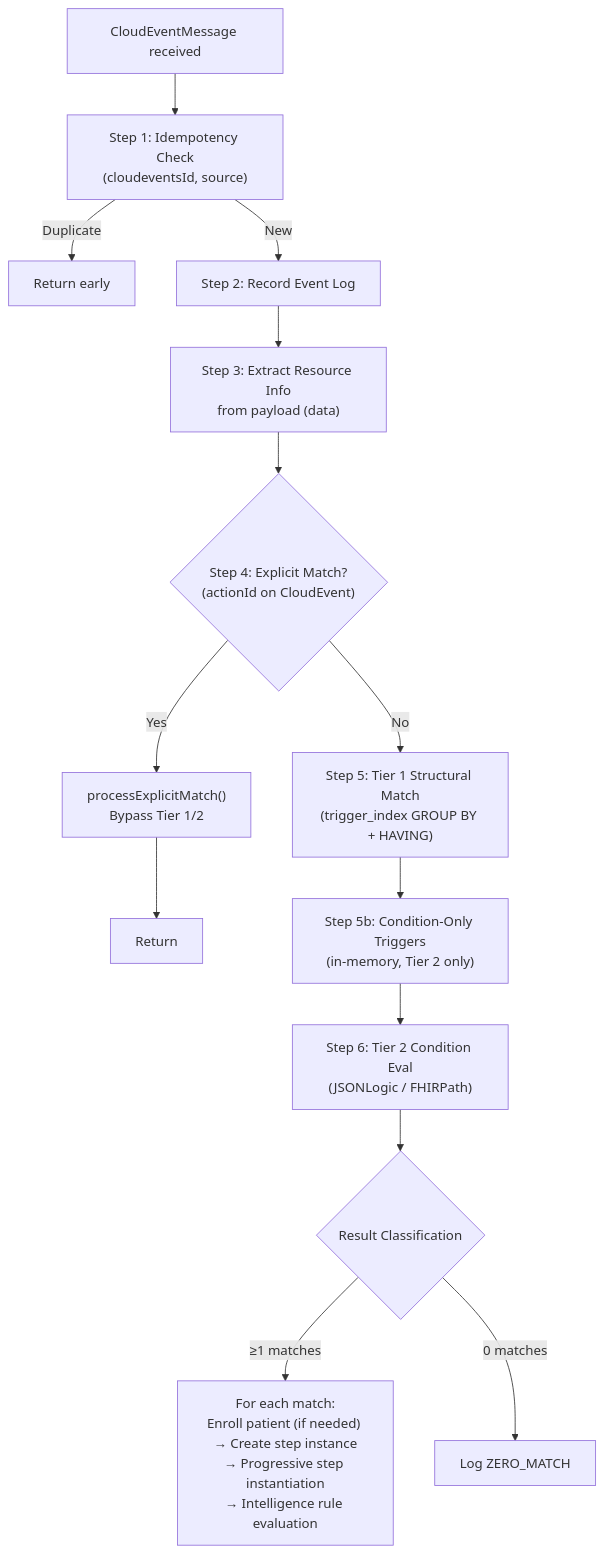
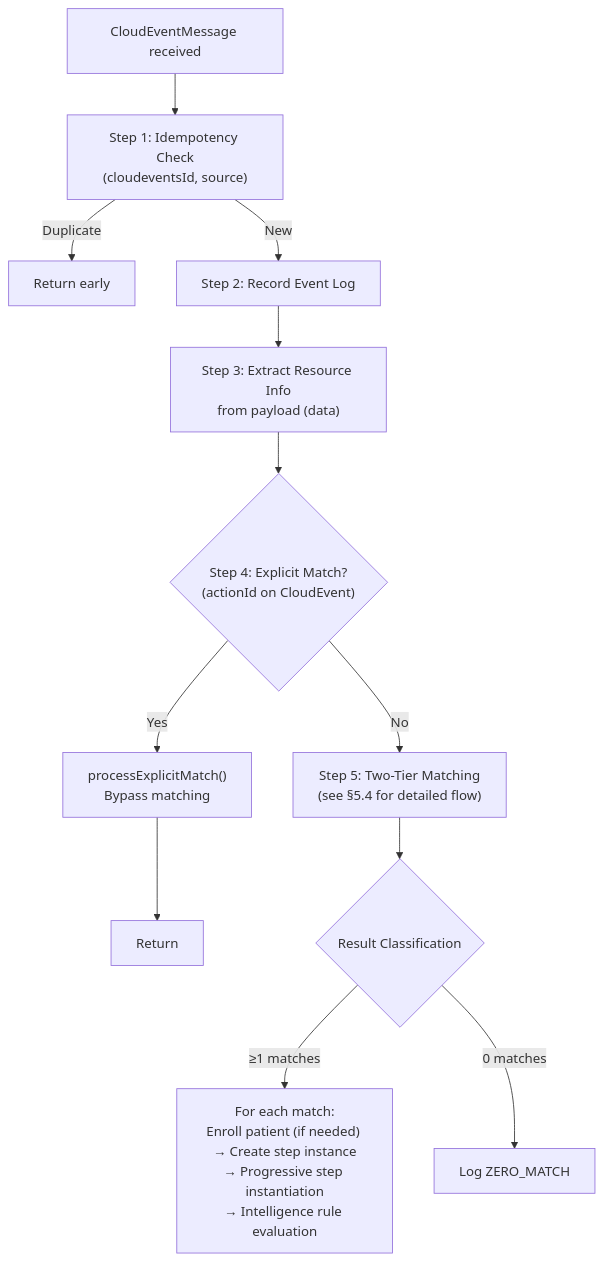
One commit to Jayaprakash8887/cce-compliance-service changed the second of 4 diagrams in docs/architecture-overview.md. Above: the diagram before and after it, drawn with Mermaid. The commit also changed other lines of this file, not shown here.

````diff
--- a/docs/architecture-overview.md
+++ b/docs/architecture-overview.md
@@ -99,25 +99,22 @@
 ```mermaid
 flowchart TD
     START["CloudEventMessage received"] --> S1
 
     S1["Step 1: Idempotency Check<br/>(cloudeventsId, source)"]
     S1 -->|"Duplicate"| DUP["Return early"]
     S1 -->|"New"| S2
 
     S2["Step 2: Record Event Log"] --> S3
     S3["Step 3: Extract Resource Info<br/>from payload (data)"] --> EXPL
 
     EXPL{"Step 4: Explicit Match?<br/>(actionId on CloudEvent)"}
-    EXPL -->|"Yes"| EXPLM["processExplicitMatch()<br/>Bypass Tier 1/2"]
+    EXPL -->|"Yes"| EXPLM["processExplicitMatch()<br/>Bypass matching"]
     EXPL -->|"No"| S5
     EXPLM --> DONE["Return"]
 
-    S5["Step 5: Tier 1 Structural Match<br/>(trigger_index GROUP BY + HAVING)"]
-    S5 --> S5b
-    S5b["Step 5b: Condition-Only Triggers<br/>(in-memory, Tier 2 only)"] --> S6
-    S6["Step 6: Tier 2 Condition Eval<br/>(JSONLogic / FHIRPath)"] --> S7
+    S5["Step 5: Two-Tier Matching<br/>(see §5.4 for detailed flow)"] --> S6
 
-    S7{"Result Classification"}
-    S7 -->|"≥1 matches"| MATCH["For each match:<br/>Enroll patient (if needed) → Create step instance<br/>→ Progressive step instantiation<br/>→ Intelligence rule evaluation"]
-    S7 -->|"0 matches"| ZERO["Log ZERO_MATCH"]
+    S6{"Result Classification"}
+    S6 -->|"≥1 matches"| MATCH["For each match:<br/>Enroll patient (if needed) → Create step instance<br/>→ Progressive step instantiation<br/>→ Intelligence rule evaluation"]
+    S6 -->|"0 matches"| ZERO["Log ZERO_MATCH"]
 ```
````
